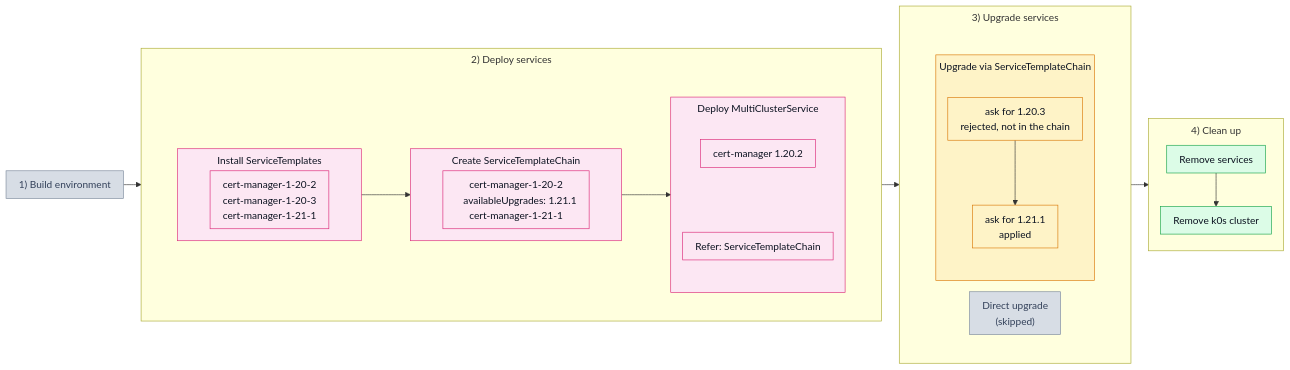
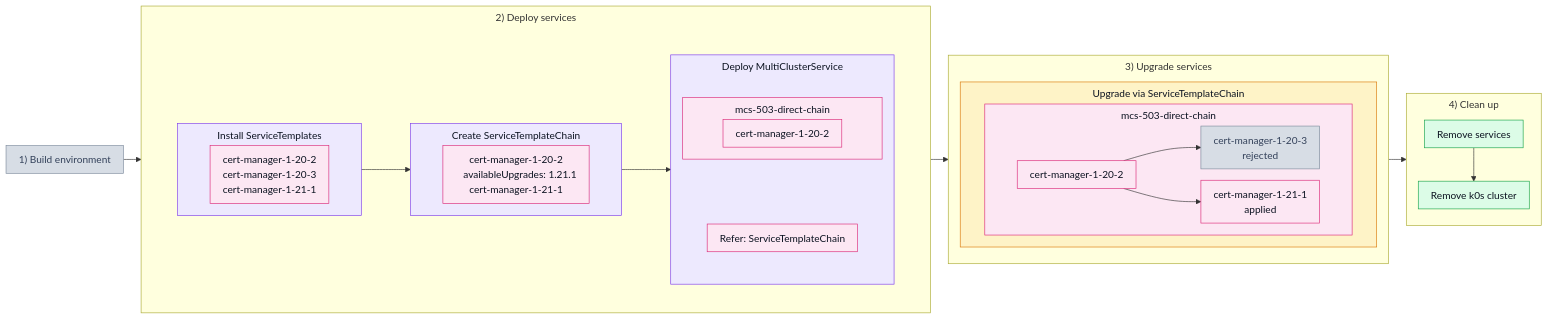
The diagram in test_scenarios/503_direct_chain.md (josef-hak/ksm-tests), drawn with Mermaid before and after one commit. The commit also changed 9 other files, not shown here.

Commit message:
docs: apply the 301 schema style to the other scenarios

````diff
--- a/test_scenarios/503_direct_chain.md
+++ b/test_scenarios/503_direct_chain.md
@@ -18,55 +18,59 @@
 ```mermaid
 %%{init: {'flowchart': {'padding': 10, 'nodeSpacing': 18, 'rankSpacing': 28, 'subGraphTitleMargin': {'top': 6, 'bottom': 10}}}}%%
 flowchart LR
     P1["1) Build environment"]
 
     subgraph P2["2) Deploy services"]
         subgraph W2[" "]
             direction LR
             subgraph D1["Install ServiceTemplates"]
                 T1["cert-manager-1-20-2<br/>cert-manager-1-20-3<br/>cert-manager-1-21-1"]
             end
 
             subgraph D3["Create ServiceTemplateChain"]
                 H1["cert-manager-1-20-2<br/>&nbsp;&nbsp;&nbsp;availableUpgrades: 1.21.1<br/>cert-manager-1-21-1"]
             end
 
             subgraph D2["Deploy MultiClusterService"]
                 direction TB
-                M1["cert-manager 1.20.2"] ~~~ R1["Refer: ServiceTemplateChain"]
+                subgraph DM["mcs-503-direct-chain"]
+                    M1["cert-manager-1-20-2"]
+                end
+
+                DM ~~~ R1["Refer: ServiceTemplateChain"]
             end
 
             D1 --> D3 --> D2
         end
     end
 
     subgraph P3["3) Upgrade services"]
-        subgraph W3[" "]
-            direction LR
-            U1["Direct upgrade<br/>(skipped)"]
-
-            subgraph U2["Upgrade via ServiceTemplateChain"]
-                direction TB
-                S1["ask for 1.20.3<br/>rejected, not in the chain"] --> S2["ask for 1.21.1<br/>applied"]
+        subgraph U2["Upgrade via ServiceTemplateChain"]
+            subgraph UM["mcs-503-direct-chain"]
+                direction LR
+                V1["cert-manager-1-20-2"] --> V2["cert-manager-1-20-3<br/>rejected"]
+                V1 --> V3["cert-manager-1-21-1<br/>applied"]
             end
         end
     end
 
     subgraph P4["4) Clean up"]
         C1["Remove services"] --> C2["Remove k0s cluster"]
     end
 
     P1 --> P2 --> P3 --> P4
 
     classDef off fill:#d7dde5,stroke:#7c8a9c,color:#33415a
+    classDef purple fill:#ede9fe,stroke:#7c3aed,color:#0b1220
     classDef pink fill:#fce7f3,stroke:#db2777,color:#0b1220
     classDef amber fill:#fef3c7,stroke:#d97706,color:#0b1220
     classDef green fill:#dcfce7,stroke:#16a34a,color:#0b1220
     classDef bare fill:none,stroke:none
 
-    class P1,U1 off
-    class D1,D2,D3,T1,H1,M1,R1 pink
-    class U2,S1,S2 amber
+    class P1,V2 off
+    class D1,D2,D3 purple
+    class DM,T1,H1,M1,R1,UM,V1,V3 pink
+    class U2 amber
     class C1,C2 green
-    class W2,W3 bare
+    class W2 bare
 ```
````
